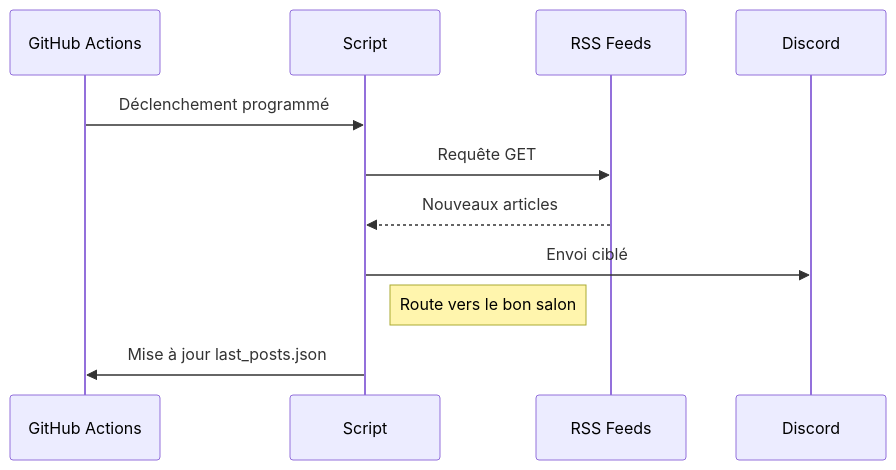
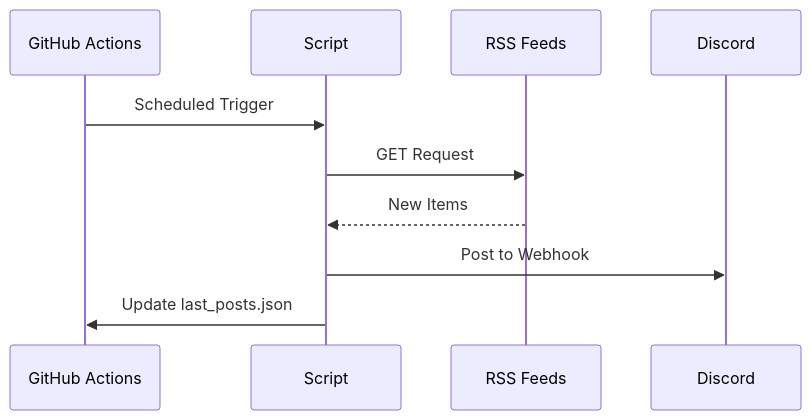
One commit to Gabryel666/RSS-Discord-Bridge changed the diagram in README.md. Above: the diagram before and after it, drawn with Mermaid. The commit also changed other lines of this file and 1 other file, not shown here.

````diff
--- a/README.md
+++ b/README.md
@@ -71,14 +77,13 @@
 ```mermaid
 sequenceDiagram
     participant GA as GitHub Actions
     participant Script
     participant RSS as RSS Feeds
     participant Discord
 
-    GA->>Script: Déclenchement programmé
-    Script->>RSS: Requête GET
-    RSS-->>Script: Nouveaux articles
-    Script->>Discord: Envoi ciblé
-    Note right of Script: Route vers le bon salon
-    Script->>GA: Mise à jour last_posts.json
+    GA->>Script: Scheduled Trigger
+    Script->>RSS: GET Request
+    RSS-->>Script: New Items
+    Script->>Discord: Post to Webhook
+    Script->>GA: Update last_posts.json
 ```
````
